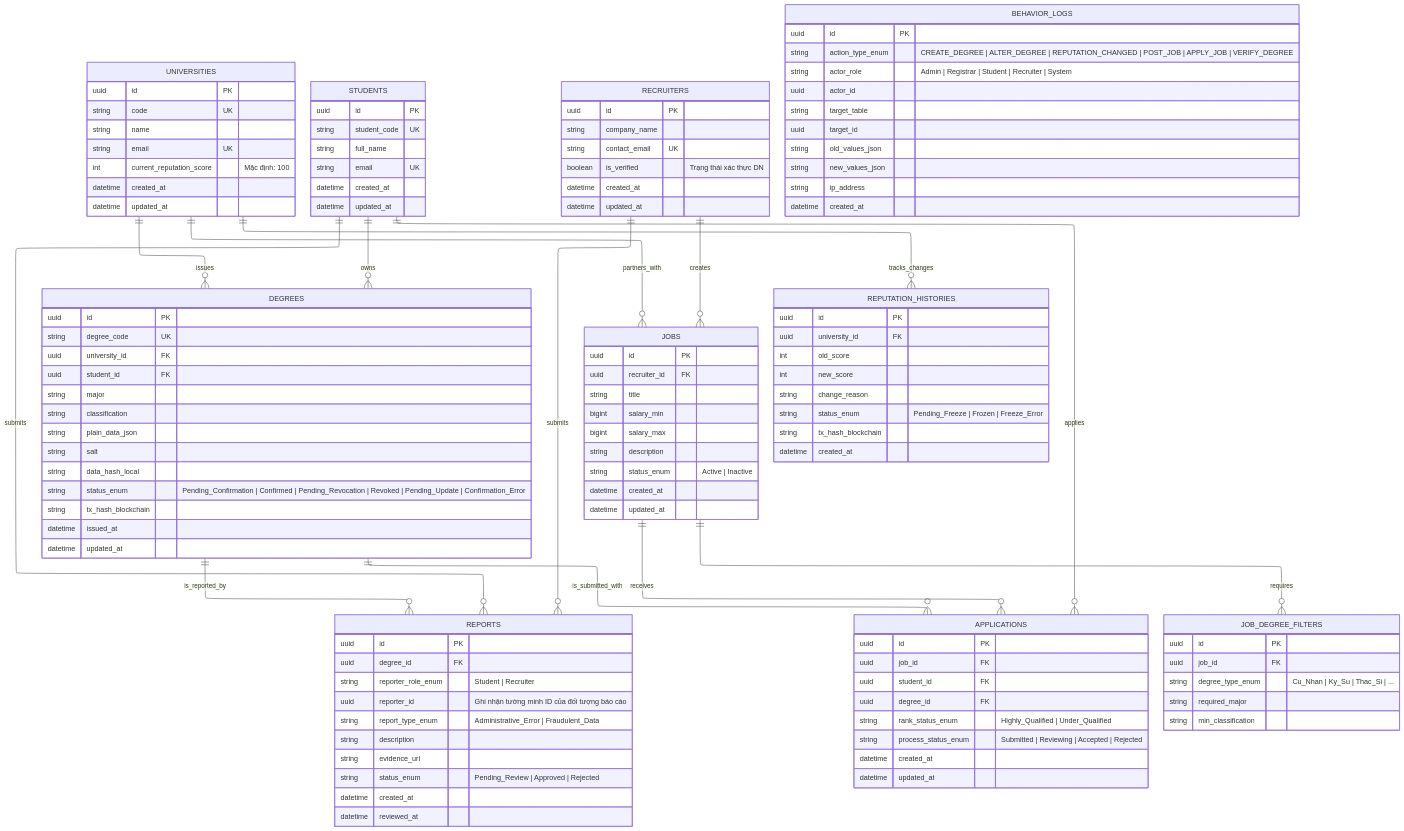
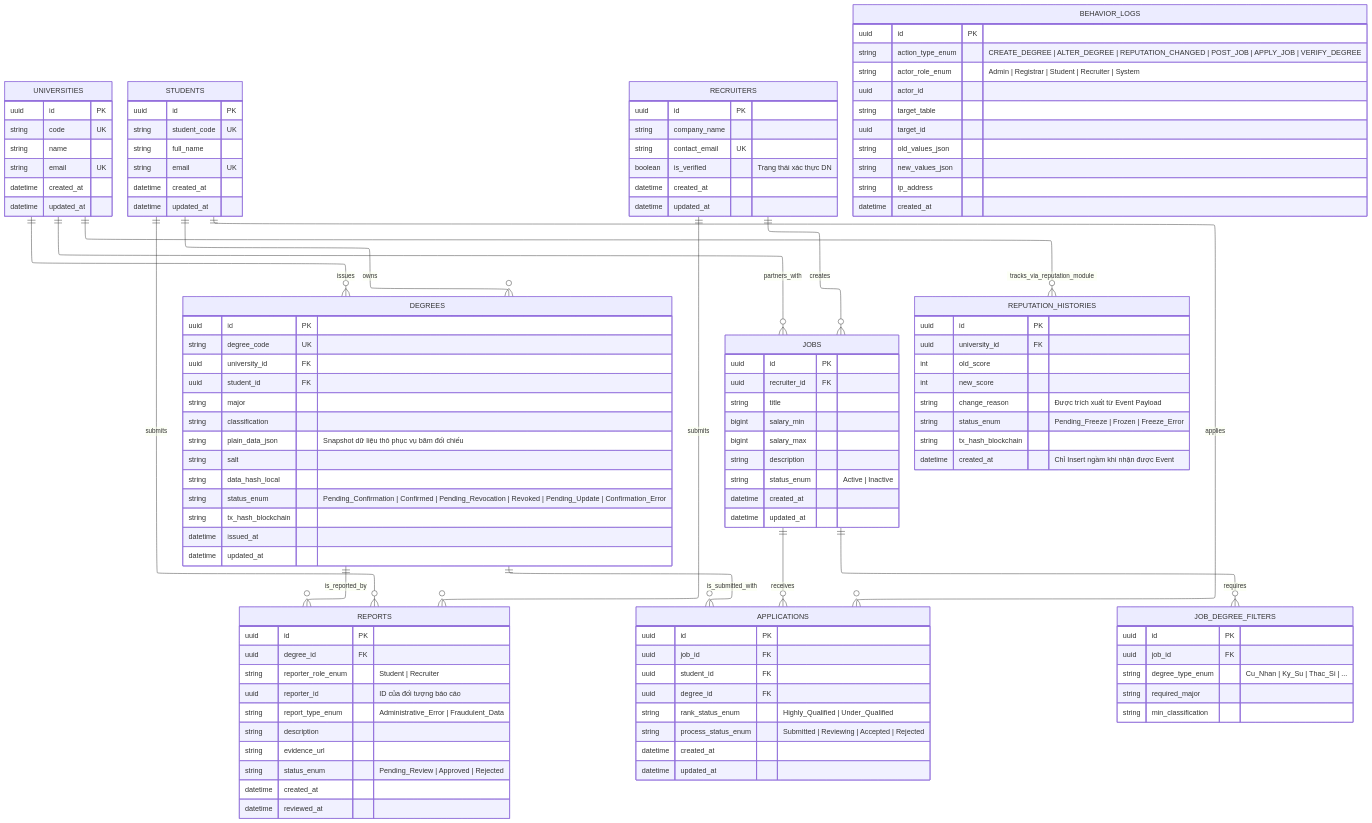
One commit to Gillyodas/chaindegree changed the diagram in docs/diagrams/erd/erd.mmd. Above: the diagram before and after it, drawn with Mermaid. The commit also changed 5 other files, not shown here.

Commit message:
docs: update erd + class, add adr 001

```diff
--- a/docs/diagrams/erd/erd.mmd
+++ b/docs/diagrams/erd/erd.mmd
@@ -1,133 +1,136 @@
 ---
 config:
   layout: elk
 ---
 erDiagram
+    %% --- CORE INTEGRATIONS & RELATIONSHIPS ---
     UNIVERSITIES ||--o{ DEGREES : "issues"
     UNIVERSITIES ||--o{ JOBS : "partners_with"
-    UNIVERSITIES ||--o{ REPUTATION_HISTORIES : "tracks_changes"
     
     STUDENTS ||--o{ DEGREES : "owns"
     STUDENTS ||--o{ REPORTS : "submits"
     STUDENTS ||--o{ APPLICATIONS : "applies"
     
     RECRUITERS ||--o{ JOBS : "creates"
     RECRUITERS ||--o{ REPORTS : "submits"
     
     DEGREES ||--o{ REPORTS : "is_reported_by"
     DEGREES ||--o{ APPLICATIONS : "is_submitted_with"
     
     JOBS ||--o{ APPLICATIONS : "receives"
     JOBS ||--o{ JOB_DEGREE_FILTERS : "requires"
 
+    %% --- PLUGGED MODULE RELATIONSHIPS (EVENT-DRIVEN BOUNDED CONTEXT) ---
+    UNIVERSITIES ||--o{ REPUTATION_HISTORIES : "tracks_via_reputation_module"
+
     UNIVERSITIES {
         uuid id PK
         string code UK
         string name
         string email UK
-        int current_reputation_score "Mặc định: 100"
         datetime created_at
         datetime updated_at
     }
 
     STUDENTS {
         uuid id PK
         string student_code UK
         string full_name
         string email UK
         datetime created_at
         datetime updated_at
     }
 
     RECRUITERS {
         uuid id PK
         string company_name
         string contact_email UK
         boolean is_verified "Trạng thái xác thực DN"
         datetime created_at
         datetime updated_at
     }
 
     DEGREES {
         uuid id PK
         string degree_code UK
         uuid university_id FK
         uuid student_id FK
         string major
         string classification
-        string plain_data_json
+        string plain_data_json "Snapshot dữ liệu thô phục vụ băm đối chiếu"
         string salt
         string data_hash_local
         string status_enum "Pending_Confirmation | Confirmed | Pending_Revocation | Revoked | Pending_Update | Confirmation_Error"
         string tx_hash_blockchain
         datetime issued_at
         datetime updated_at
     }
 
-    REPUTATION_HISTORIES {
-        uuid id PK
-        uuid university_id FK
-        int old_score
-        int new_score
-        string change_reason
-        string status_enum "Pending_Freeze | Frozen | Freeze_Error"
-        string tx_hash_blockchain
-        datetime created_at
-    }
-
     REPORTS {
         uuid id PK
         uuid degree_id FK
         string reporter_role_enum "Student | Recruiter"
-        uuid reporter_id "Ghi nhận tường minh ID của đối tượng báo cáo"
+        uuid reporter_id "ID của đối tượng báo cáo"
         string report_type_enum "Administrative_Error | Fraudulent_Data"
         string description
         string evidence_url
         string status_enum "Pending_Review | Approved | Rejected"
         datetime created_at
         datetime reviewed_at
     }
 
     JOBS {
         uuid id PK
         uuid recruiter_id FK
         string title
         bigint salary_min
         bigint salary_max
         string description
         string status_enum "Active | Inactive"
         datetime created_at
         datetime updated_at
     }
 
     JOB_DEGREE_FILTERS {
         uuid id PK
         uuid job_id FK
         string degree_type_enum "Cu_Nhan | Ky_Su | Thac_Si | ..."
         string required_major
         string min_classification
     }
 
     APPLICATIONS {
         uuid id PK
         uuid job_id FK
         uuid student_id FK
         uuid degree_id FK
         string rank_status_enum "Highly_Qualified | Under_Qualified"
         string process_status_enum "Submitted | Reviewing | Accepted | Rejected"
         datetime created_at
         datetime updated_at
     }
 
     BEHAVIOR_LOGS {
         uuid id PK
         string action_type_enum "CREATE_DEGREE | ALTER_DEGREE | REPUTATION_CHANGED | POST_JOB | APPLY_JOB | VERIFY_DEGREE"
-        string actor_role "Admin | Registrar | Student | Recruiter | System"
+        string actor_role_enum "Admin | Registrar | Student | Recruiter | System"
         uuid actor_id
         string target_table
         uuid target_id
         string old_values_json
         string new_values_json
         string ip_address
         datetime created_at
     }
+
+    %% --- REPUTATION CONTEXT (PLUG-AND-PLAY MODULE VIA EVENTS) ---
+    REPUTATION_HISTORIES {
+        uuid id PK
+        uuid university_id FK
+        int old_score
+        int new_score
+        string change_reason "Được trích xuất từ Event Payload"
+        string status_enum "Pending_Freeze | Frozen | Freeze_Error"
+        string tx_hash_blockchain
+        datetime created_at "Chỉ Insert ngầm khi nhận được Event"
+    }
```
